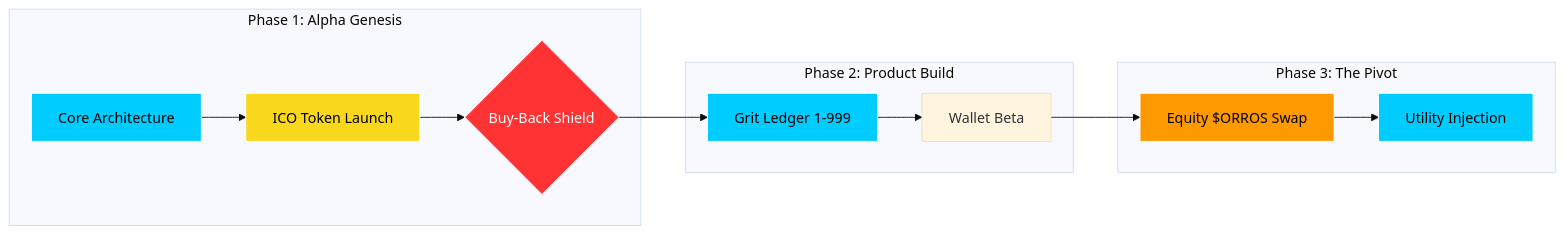
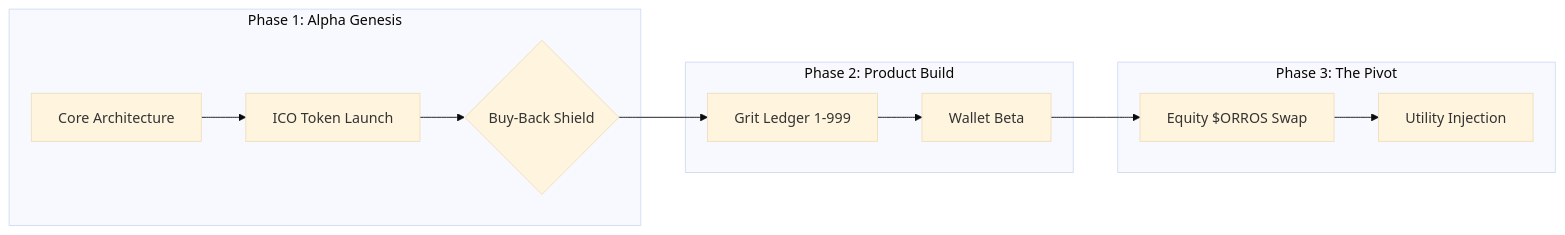
One commit to orroprotocol/core changed the second of 2 diagrams in README.md. Above: the diagram before and after it, drawn with Mermaid (base theme).

````diff
--- a/README.md
+++ b/README.md
@@ -151,28 +151,20 @@
 ```mermaid
 graph LR
     %% Phase 1
     subgraph P1 [Phase 1: Alpha Genesis]
         A[Core Architecture] --> B[ICO Token Launch]
         B --> C{Buy-Back Shield}
     end
 
     %% Phase 2
     subgraph P2 [Phase 2: Product Build]
         C --> D[Grit Ledger 1-999]
         D --> E[Wallet Beta]
     end
 
     %% Phase 3
     subgraph P3 [Phase 3: The Pivot]
         E --> F[Equity $ORROS Swap]
         F --> G[Utility Injection]
     end
-
-    %% Branding Colors
-    style A fill:#00ccff,stroke:#fff,color:#000
-    style B fill:#f9d71c,stroke:#fff,color:#000
-    style C fill:#ff3333,stroke:#fff,color:#fff
-    style D fill:#00ccff,stroke:#fff,color:#000
-    style F fill:#ff9900,stroke:#fff,color:#000
-    style G fill:#00ccff,stroke:#fff,color:#000
 ```
````
